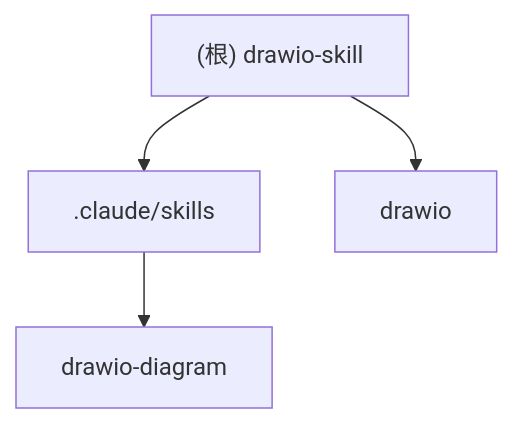
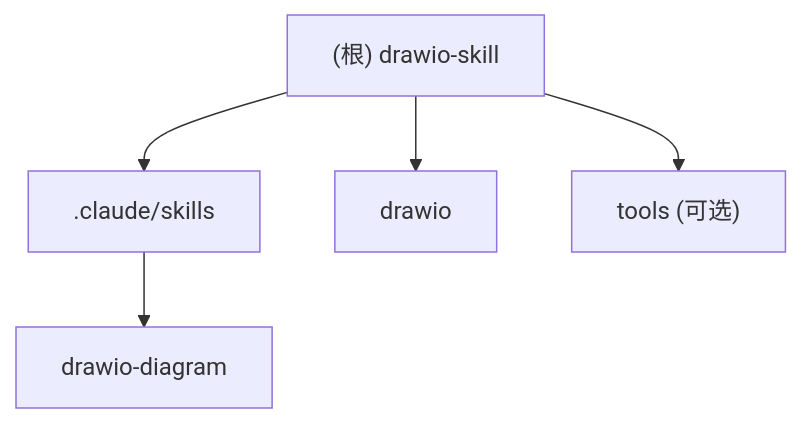
The diagram in CLAUDE.md (LeeRanee/drawio-skill), drawn with Mermaid before and after one commit. The commit also changed other lines of this file and 27 other files, not shown here.

````diff
--- a/CLAUDE.md
+++ b/CLAUDE.md
@@ -31,8 +45,10 @@
 ```mermaid
 graph TD
     A["(根) drawio-skill"] --> B[".claude/skills"];
     B --> C["drawio-diagram"];
     A --> D["drawio"];
+    A --> E["tools (可选)"];
 
     click C "./.claude/skills/drawio-diagram/CLAUDE.md" "查看 drawio-diagram 模块文档"
+    click E "./tools/README.md" "查看工具文档"
 ```
````
